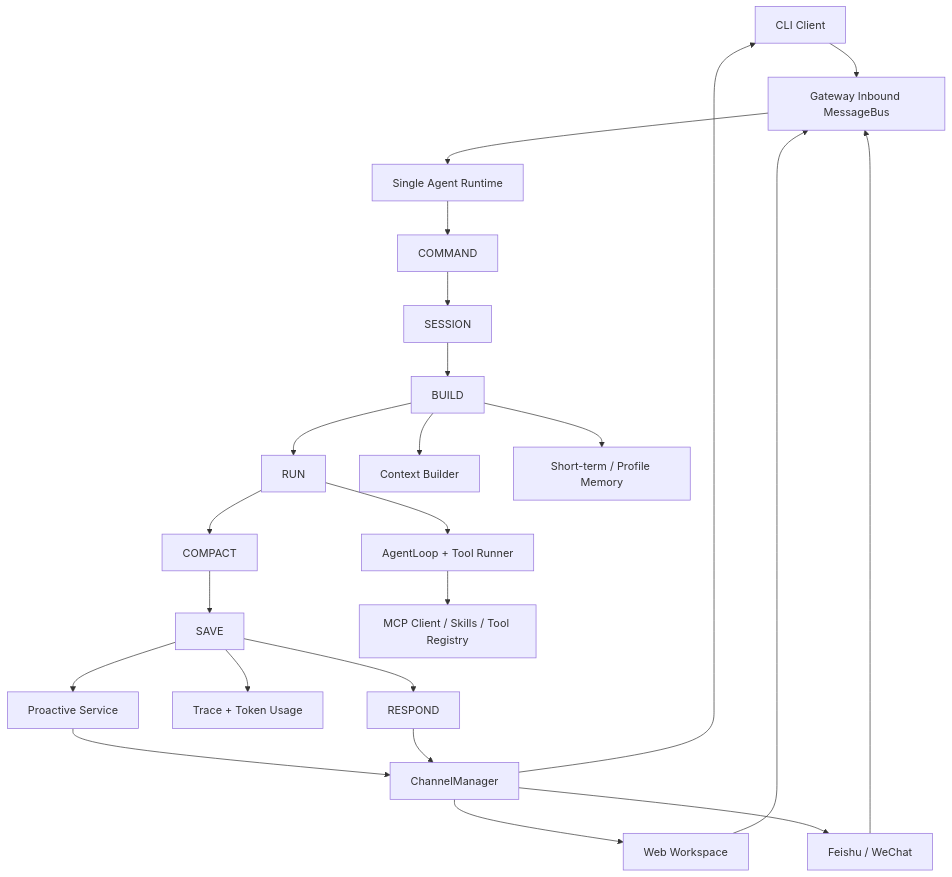
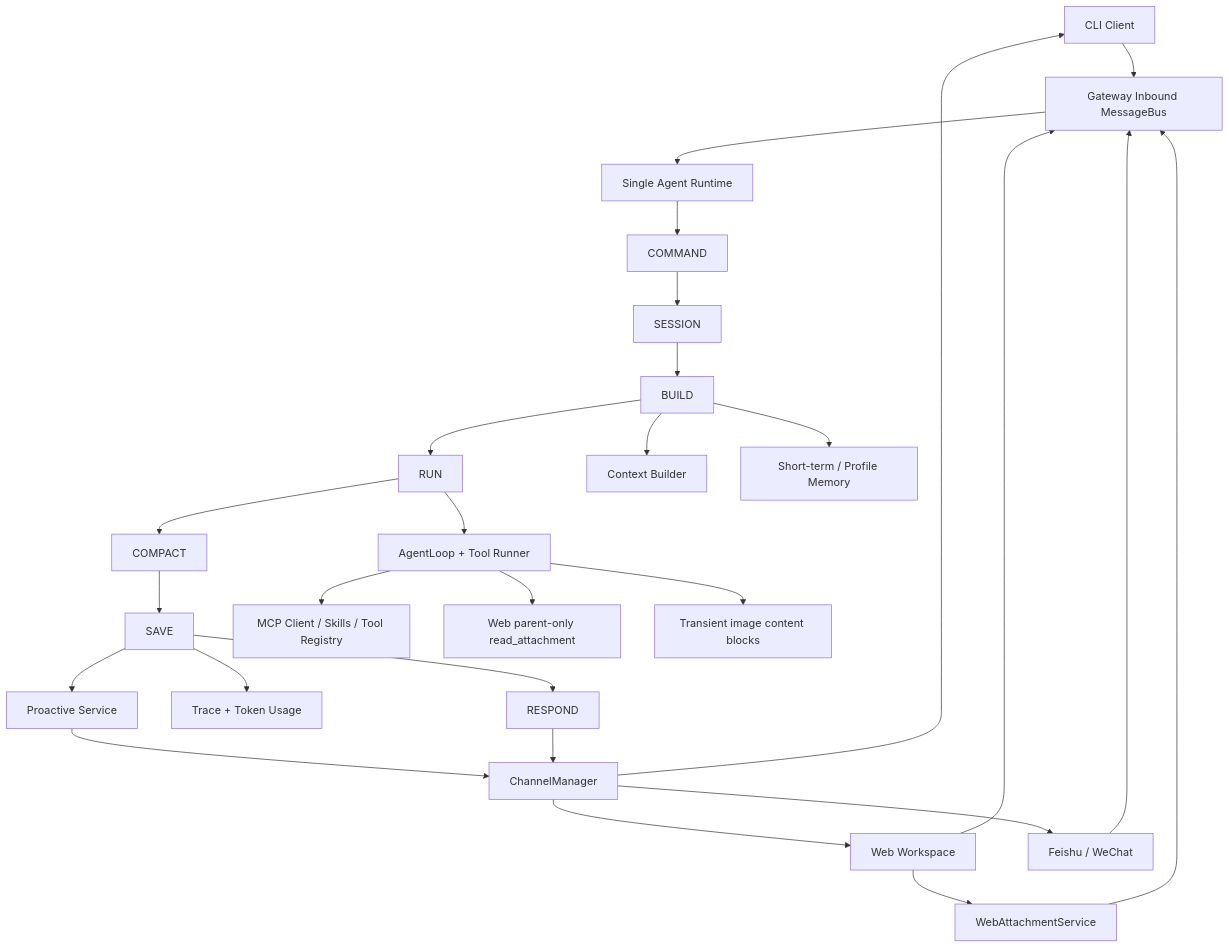
One commit to neystan/Turning-Good-Agent changed the diagram in README.md. Above: the diagram before and after it, drawn with Mermaid. The commit also changed other lines of this file, not shown here.

Commit message:
docs: describe web attachments and multimodal support

````diff
--- a/README.md
+++ b/README.md
@@ -91,27 +94,31 @@
 ```mermaid
 flowchart TD
     CLI[CLI Client] --> IN[Gateway Inbound MessageBus]
     WEB[Web Workspace] --> IN
     IM[Feishu / WeChat] --> IN
+    WEB --> ATT[WebAttachmentService]
+    ATT --> IN
     IN --> RT[Single Agent Runtime]
 
     RT --> COMMAND[COMMAND]
     COMMAND --> SESSION[SESSION]
     SESSION --> BUILD[BUILD]
     BUILD --> RUN[RUN]
     RUN --> COMPACT[COMPACT]
     COMPACT --> SAVE[SAVE]
     SAVE --> RESPOND[RESPOND]
 
     BUILD --> CTX[Context Builder]
     BUILD --> MEM[Short-term / Profile Memory]
     RUN --> LOOP[AgentLoop + Tool Runner]
     LOOP --> MCP[MCP Client / Skills / Tool Registry]
+    LOOP --> READ[Web parent-only read_attachment]
+    LOOP --> VISION[Transient image content blocks]
     SAVE --> OBS[Trace + Token Usage]
     SAVE --> PRO[Proactive Service]
     PRO --> OUT[ChannelManager]
     RESPOND --> OUT
     OUT --> CLI
     OUT --> WEB
     OUT --> IM
 ```
````
